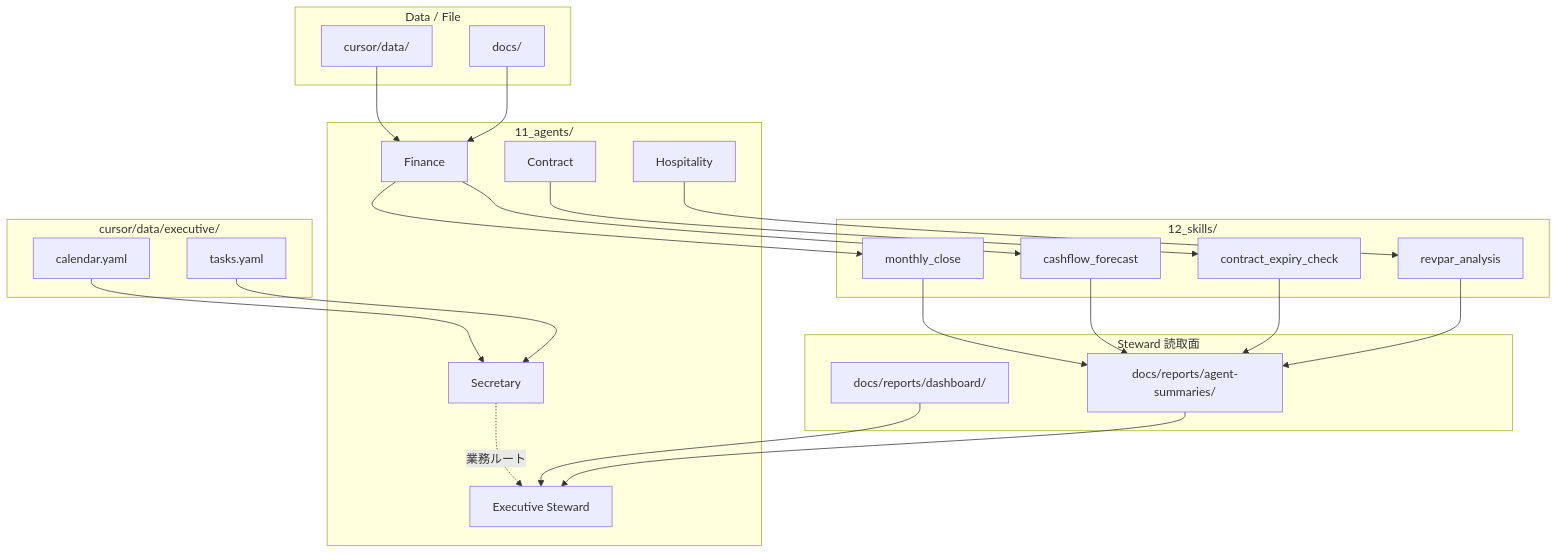
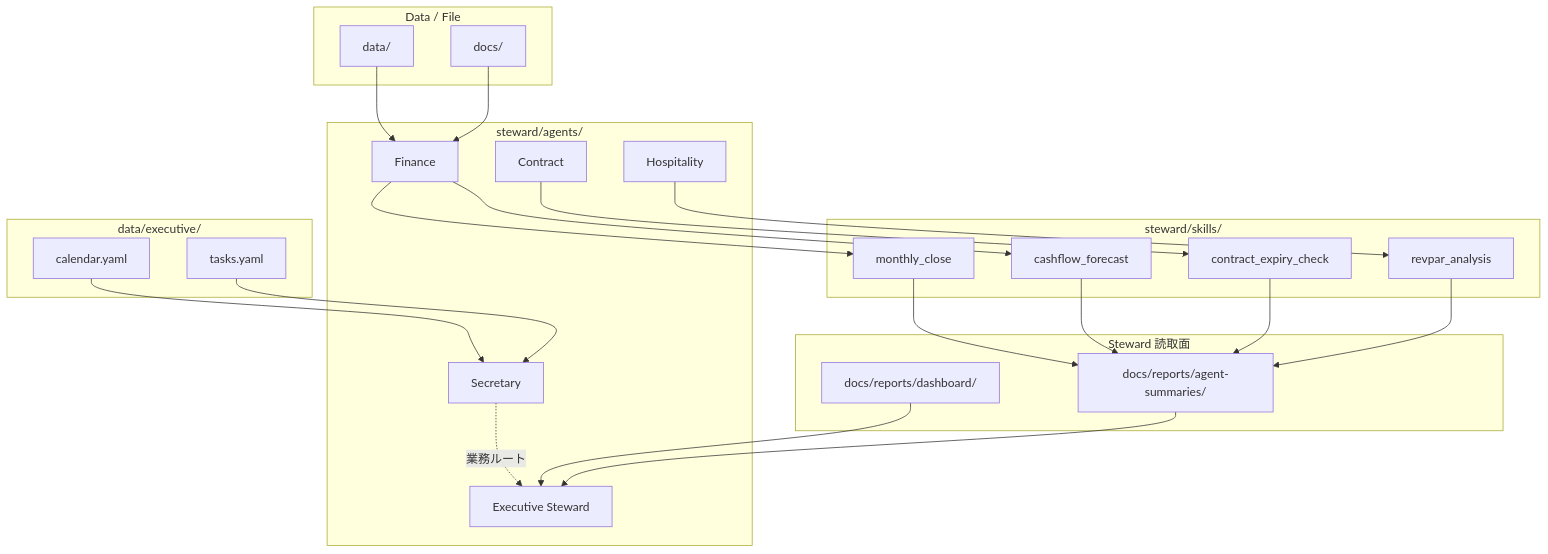
The diagram in steward/rules/agent_skill_architecture.md (taketani-masatoshi/OpenOrgOS), drawn with Mermaid before and after one commit. The commit also changed other lines of this file and 195 other files, not shown here.

````diff
--- a/steward/rules/agent_skill_architecture.md
+++ b/steward/rules/agent_skill_architecture.md
@@ -9,48 +9,48 @@
 ```mermaid
 flowchart TB
   subgraph Data["Data / File"]
-    YAML[cursor/data/]
+    YAML[data/]
     DOCS[docs/]
   end
 
-  subgraph Skills["12_skills/"]
+  subgraph Skills["steward/skills/"]
     S1[monthly_close]
     S2[cashflow_forecast]
     S3[contract_expiry_check]
     S4[revpar_analysis]
   end
 
-  subgraph Agents["11_agents/"]
+  subgraph Agents["steward/agents/"]
     FIN[Finance]
     CON[Contract]
     HOS[Hospitality]
     EXE[Executive Steward]
     SEC[Secretary]
   end
 
-  subgraph ExecutiveData["cursor/data/executive/"]
+  subgraph ExecutiveData["data/executive/"]
     CAL[calendar.yaml]
     TASK[tasks.yaml]
   end
 
   subgraph StewardRead["Steward 読取面"]
     DASH[docs/reports/dashboard/]
     SUM[docs/reports/agent-summaries/]
   end
 
   YAML --> FIN
   DOCS --> FIN
   FIN --> S1
   FIN --> S2
   S1 --> SUM
   S2 --> SUM
   CON --> S3
   S3 --> SUM
   HOS --> S4
   S4 --> SUM
   SUM --> EXE
   DASH --> EXE
   CAL --> SEC
   TASK --> SEC
   SEC -.->|業務ルート| EXE
 ```
````
